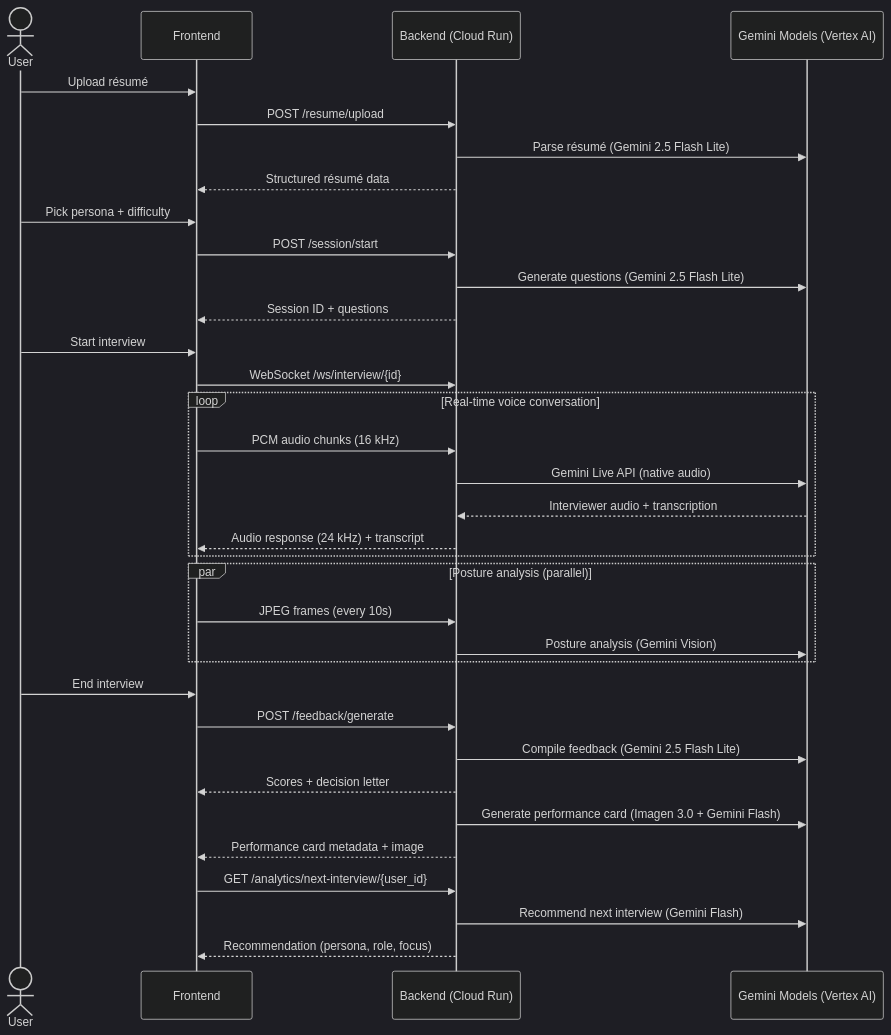
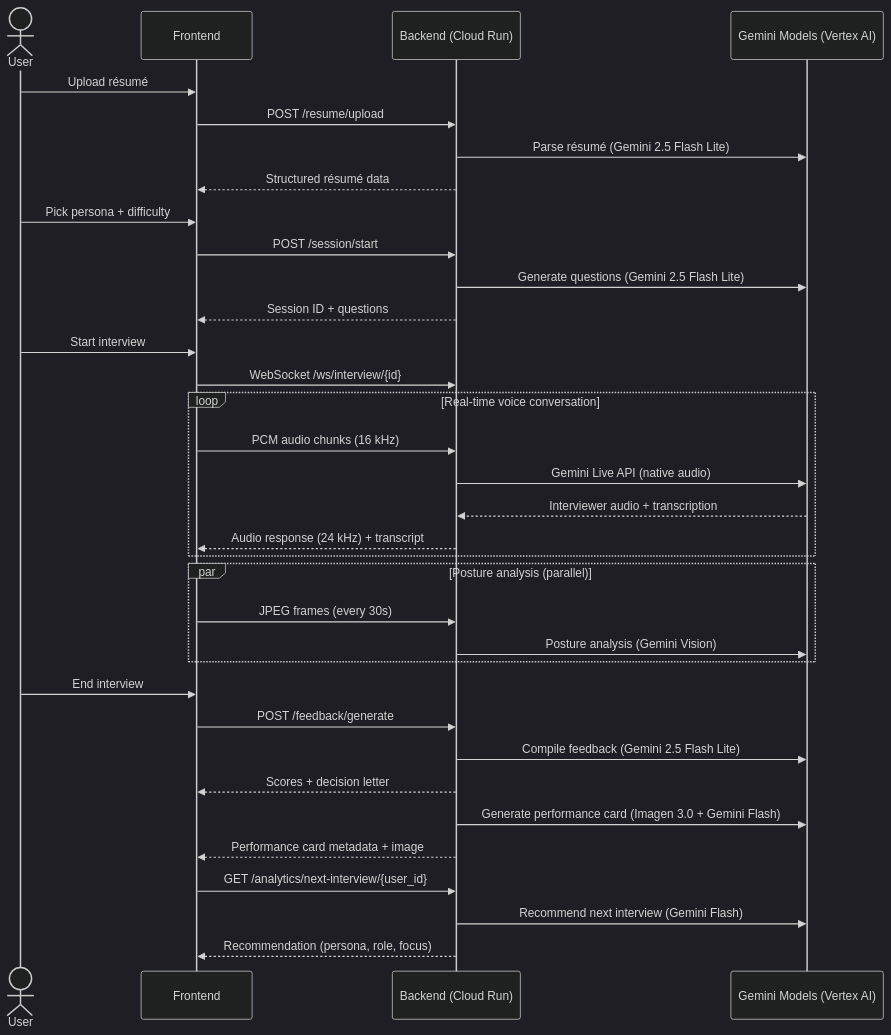
The second of 3 diagrams in README.md (mockmate-app/mockmate), drawn with Mermaid (dark theme) before and after one commit. The commit also changed other lines of this file, not shown here.

````diff
--- a/README.md
+++ b/README.md
@@ -150,43 +150,43 @@
 ```mermaid
 sequenceDiagram
     actor User
     participant FE as Frontend
     participant BE as Backend (Cloud Run)
     participant Gemini as Gemini Models (Vertex AI)
 
     User->>FE: Upload résumé
     FE->>BE: POST /resume/upload
     BE->>Gemini: Parse résumé (Gemini 2.5 Flash Lite)
     BE-->>FE: Structured résumé data
 
     User->>FE: Pick persona + difficulty
     FE->>BE: POST /session/start
     BE->>Gemini: Generate questions (Gemini 2.5 Flash Lite)
     BE-->>FE: Session ID + questions
 
     User->>FE: Start interview
     FE->>BE: WebSocket /ws/interview/{id}
     loop Real-time voice conversation
         FE->>BE: PCM audio chunks (16 kHz)
         BE->>Gemini: Gemini Live API (native audio)
         Gemini-->>BE: Interviewer audio + transcription
         BE-->>FE: Audio response (24 kHz) + transcript
     end
 
     par Posture analysis (parallel)
-        FE->>BE: JPEG frames (every 10s)
+        FE->>BE: JPEG frames (every 30s)
         BE->>Gemini: Posture analysis (Gemini Vision)
     end
 
     User->>FE: End interview
     FE->>BE: POST /feedback/generate
     BE->>Gemini: Compile feedback (Gemini 2.5 Flash Lite)
     BE-->>FE: Scores + decision letter
 
     BE->>Gemini: Generate performance card (Imagen 3.0 + Gemini Flash)
     BE-->>FE: Performance card metadata + image
 
     FE->>BE: GET /analytics/next-interview/{user_id}
     BE->>Gemini: Recommend next interview (Gemini Flash)
     BE-->>FE: Recommendation (persona, role, focus)
 ```
````
